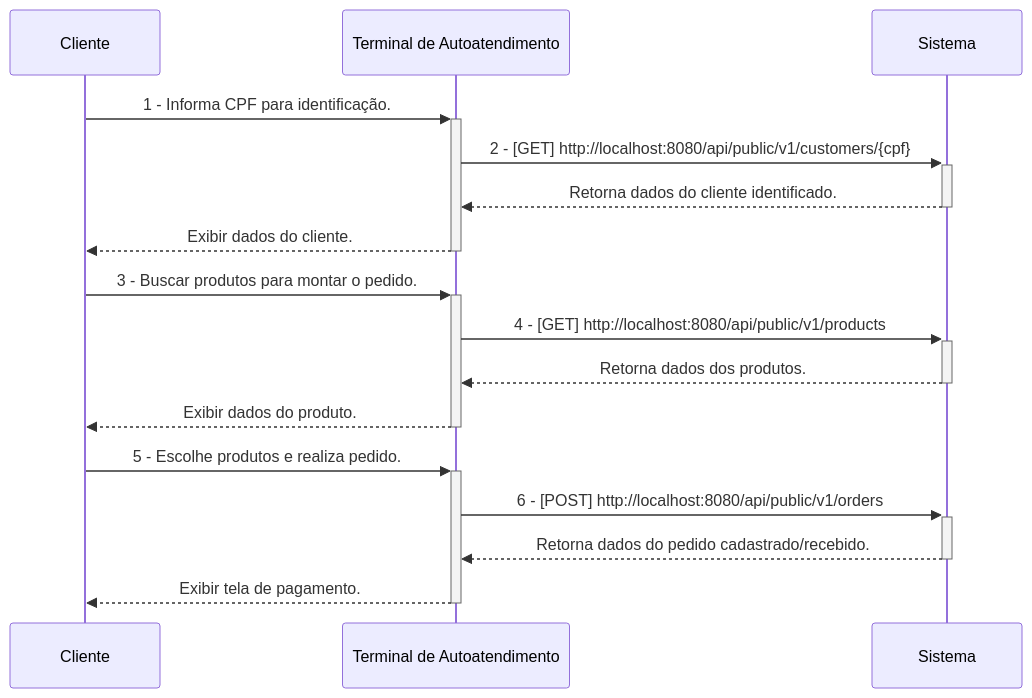
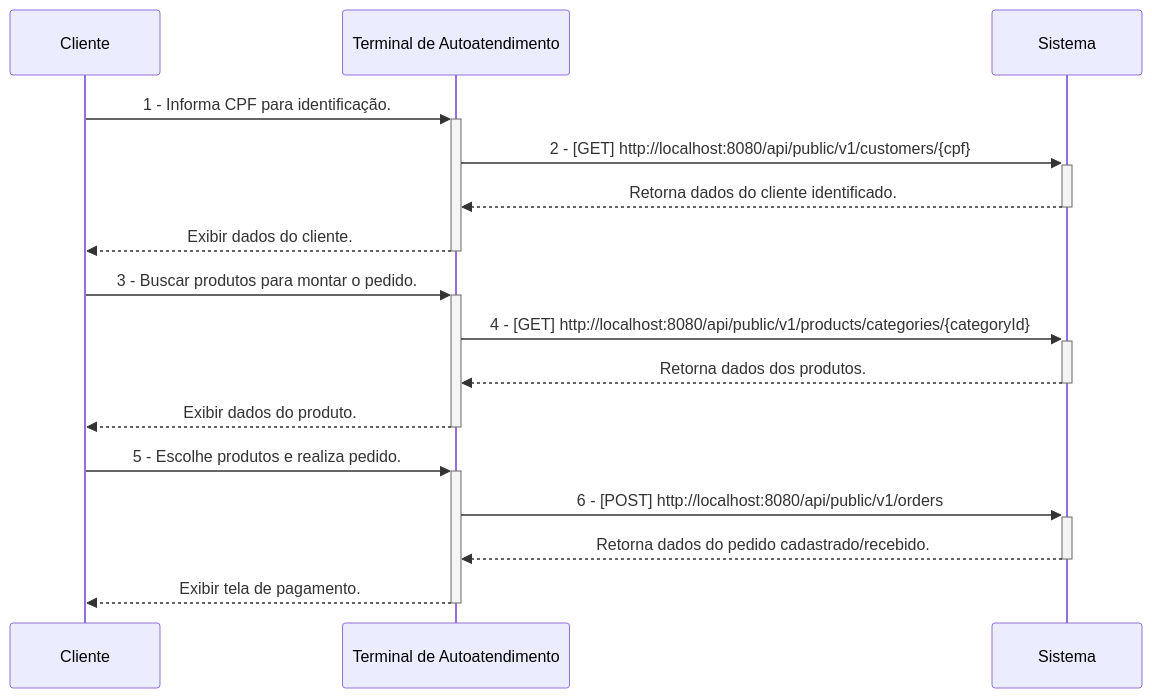
The first of 4 diagrams in README.md (fiap-8soat-tc-one/tc-backend), drawn with Mermaid before and after one commit.

Commit message:
update products path

````diff
--- a/README.md
+++ b/README.md
@@ -95,16 +95,16 @@
 ```mermaid
 sequenceDiagram
     Cliente->>+Terminal de Autoatendimento: 1 - Informa CPF para identificação.
     Terminal de Autoatendimento->>+Sistema: 2 - [GET] http://localhost:8080/api/public/v1/customers/{cpf}
     Sistema-->>-Terminal de Autoatendimento: Retorna dados do cliente identificado.
     Terminal de Autoatendimento-->>-Cliente: Exibir dados do cliente.
     Cliente->>+Terminal de Autoatendimento: 3 - Buscar produtos para montar o pedido.
-    Terminal de Autoatendimento->>+Sistema: 4 - [GET] http://localhost:8080/api/public/v1/products
+    Terminal de Autoatendimento->>+Sistema: 4 - [GET] http://localhost:8080/api/public/v1/products/categories/{categoryId}
     Sistema-->>-Terminal de Autoatendimento: Retorna dados dos produtos.
    Terminal de Autoatendimento-->>-Cliente: Exibir dados do produto.
 
     Cliente->>+Terminal de Autoatendimento: 5 - Escolhe produtos e realiza pedido.
     Terminal de Autoatendimento->>+Sistema: 6 - [POST] http://localhost:8080/api/public/v1/orders
     Sistema-->>-Terminal de Autoatendimento: Retorna dados do pedido cadastrado/recebido.
     Terminal de Autoatendimento-->>-Cliente: Exibir tela de pagamento.
 ```
````
